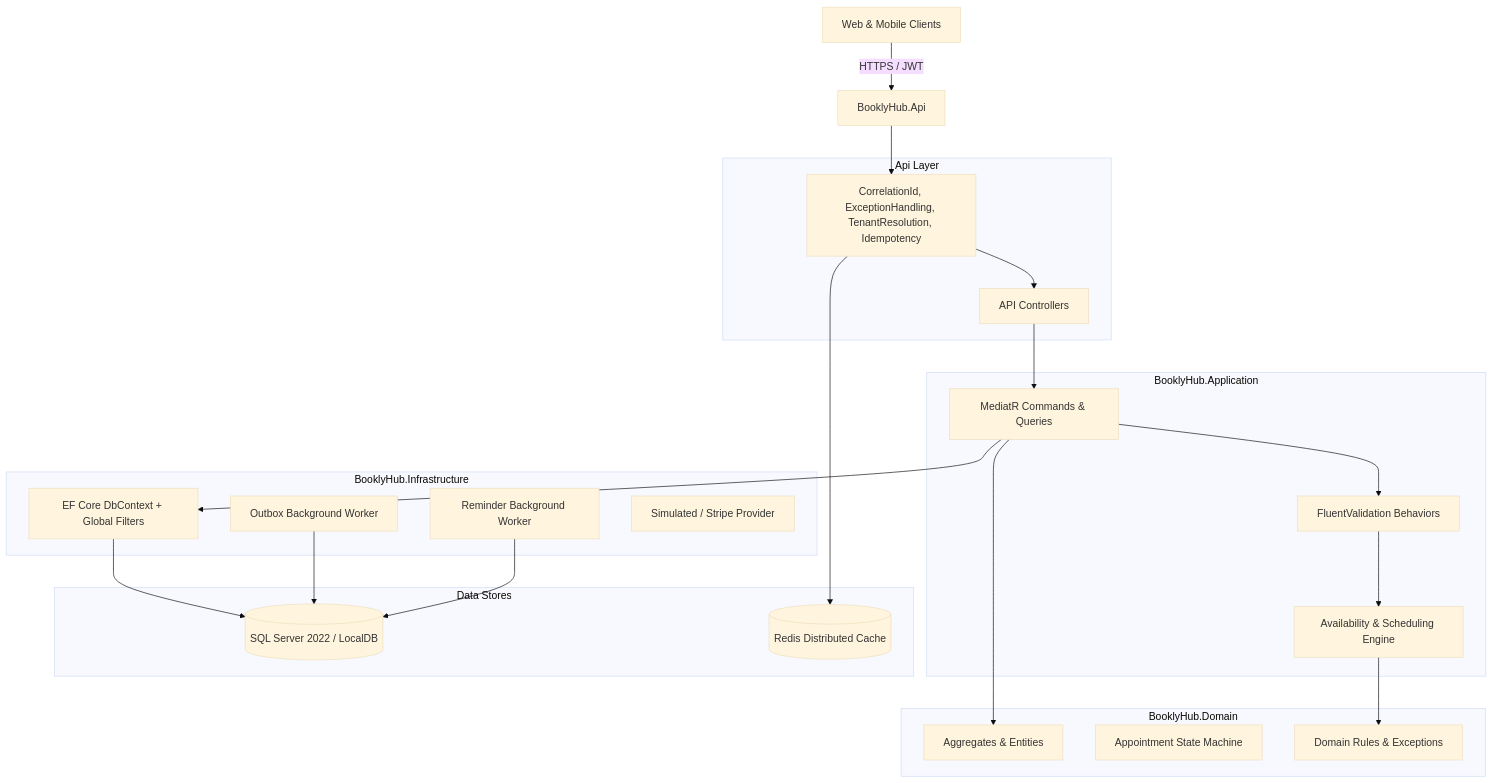
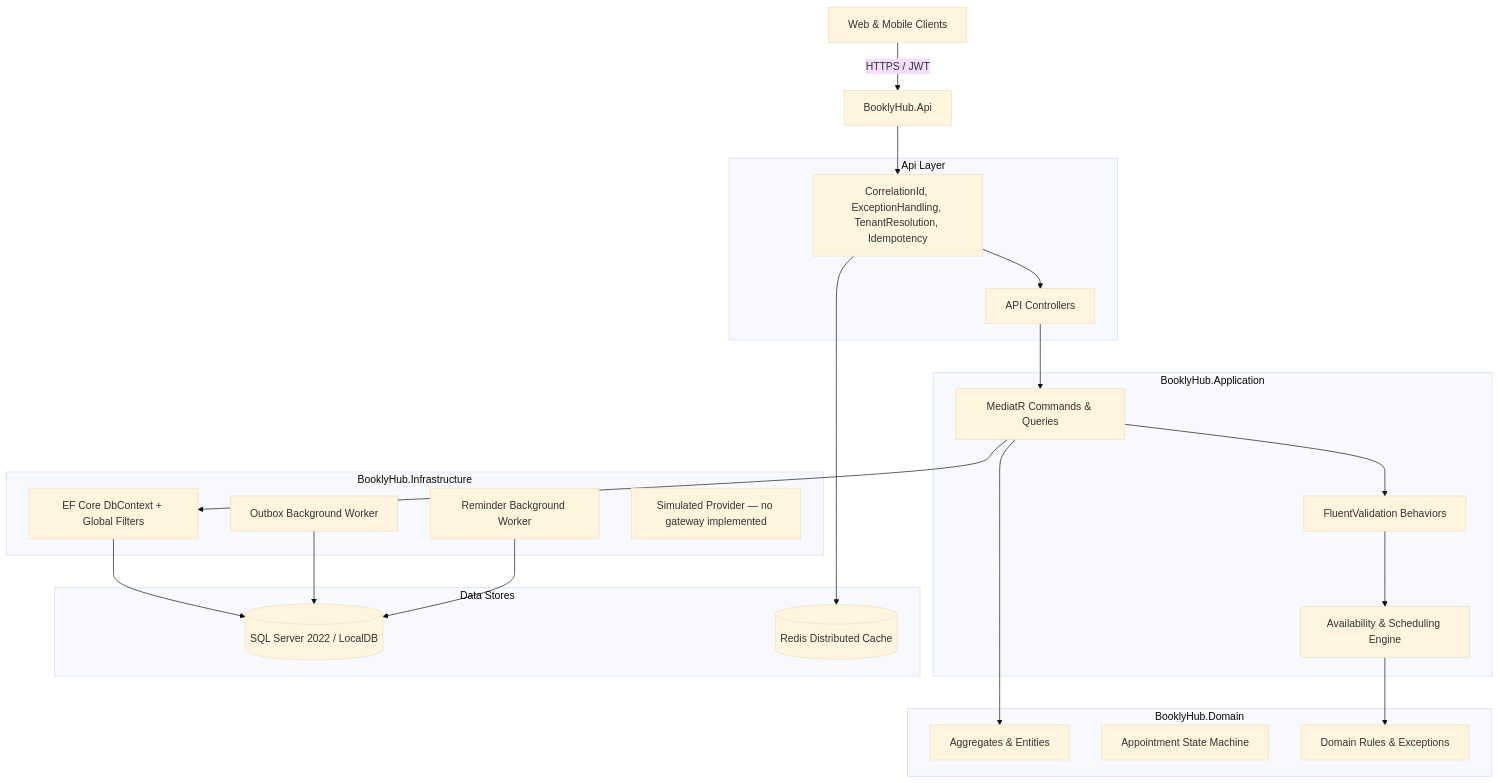
One commit to dante127/BooklyHub changed the diagram in README.md. Above: the diagram before and after it, drawn with Mermaid (base theme). The commit also changed other lines of this file and 5 other files, not shown here.

````diff
--- a/README.md
+++ b/README.md
@@ -33,43 +33,43 @@
 ```mermaid
 graph TD
     Client[Web & Mobile Clients] -->|HTTPS / JWT| Api[BooklyHub.Api]
     
     subgraph Api Layer
         Middleware[CorrelationId, ExceptionHandling, TenantResolution, Idempotency]
         Controllers[API Controllers]
     end
 
     subgraph Application Layer [BooklyHub.Application]
         CQRS[MediatR Commands & Queries]
         Validators[FluentValidation Behaviors]
         Availability[Availability & Scheduling Engine]
     end
 
     subgraph Domain Layer [BooklyHub.Domain]
         Entities[Aggregates & Entities]
         StateMachine[Appointment State Machine]
         DomainRules[Domain Rules & Exceptions]
     end
 
     subgraph Infrastructure Layer [BooklyHub.Infrastructure]
         EFCore[EF Core DbContext + Global Filters]
         OutboxWorker[Outbox Background Worker]
         ReminderWorker[Reminder Background Worker]
-        PaymentGateway[Simulated / Stripe Provider]
+        PaymentGateway[Simulated Provider — no gateway implemented]
     end
 
     subgraph Data Stores
         SqlServer[(SQL Server 2022 / LocalDB)]
         RedisCache[(Redis Distributed Cache)]
     end
 
     Api --> Middleware --> Controllers --> CQRS
     CQRS --> Validators --> Availability
     Availability --> DomainRules
     CQRS --> Entities
     CQRS --> EFCore
     EFCore --> SqlServer
     OutboxWorker --> SqlServer
     ReminderWorker --> SqlServer
     Middleware --> RedisCache
 ```
````
